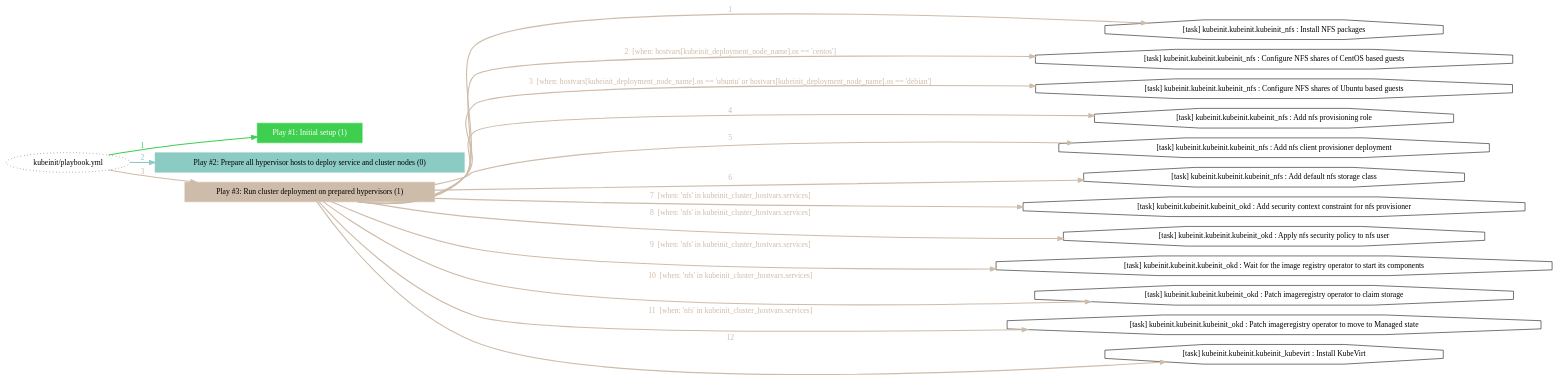
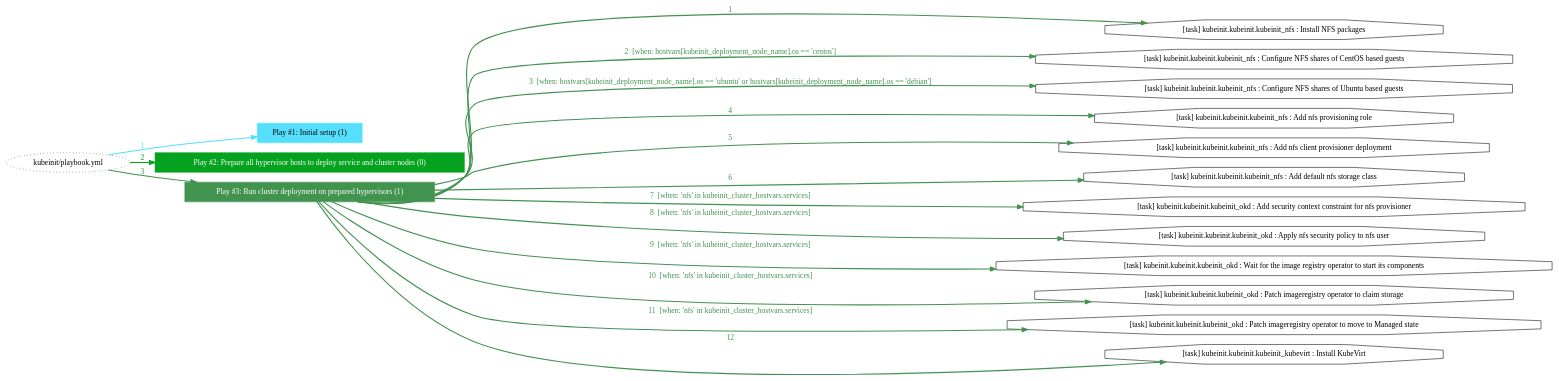
The diagram in _static/playbook_task_post_deployment.dot (Kubeinit/kubeinit), drawn with Graphviz before and after one commit. The commit also changed 66 other files, not shown here.

```diff
--- a/_static/playbook_task_post_deployment.dot
+++ b/_static/playbook_task_post_deployment.dot
@@ -3,39 +3,39 @@
 	edge [esep=5 sep=10]
 	"kubeinit/playbook.yml" [id=root_node style=dotted]
 	subgraph "Play #1: Initial setup (1) "{
-		"Play #1: Initial setup (1)" [color="#3ecf4e" fontcolor="#ffffff" id="play_50c718cb-160a-41d5-905b-d0cd9fb3d7e9" shape=box style=filled tooltip=localhost]
-		"kubeinit/playbook.yml" -> "Play #1: Initial setup (1)" [label=1 color="#3ecf4e" fontcolor="#3ecf4e" id="edge_392f0708-b05d-4ed4-b40a-8a9daf647566" style=bold]
+		"Play #1: Initial setup (1)" [color="#55dffd" fontcolor="#000000" id="play_bf24b66f-52c5-441b-b3ed-548a452882e7" shape=box style=filled tooltip=localhost]
+		"kubeinit/playbook.yml" -> "Play #1: Initial setup (1)" [label=1 color="#55dffd" fontcolor="#55dffd" id="edge_8843313c-8b65-4bc9-a34c-d5e6d2b8d340" style=bold]
 	}
 	subgraph "Play #2: Prepare all hypervisor hosts to deploy service and cluster nodes (0) "{
-		"Play #2: Prepare all hypervisor hosts to deploy service and cluster nodes (0)" [color="#8bcbc4" fontcolor="#000000" id="play_27cf5b83-5c9d-4a4c-9d43-4fa1e114dd45" shape=box style=filled tooltip=""]
-		"kubeinit/playbook.yml" -> "Play #2: Prepare all hypervisor hosts to deploy service and cluster nodes (0)" [label=2 color="#8bcbc4" fontcolor="#8bcbc4" id="edge_210d21c2-746b-451a-9ef3-a5d805a63578" style=bold]
+		"Play #2: Prepare all hypervisor hosts to deploy service and cluster nodes (0)" [color="#05a21f" fontcolor="#ffffff" id="play_987c29b0-b717-4069-9654-92d043dd2ebe" shape=box style=filled tooltip=""]
+		"kubeinit/playbook.yml" -> "Play #2: Prepare all hypervisor hosts to deploy service and cluster nodes (0)" [label=2 color="#05a21f" fontcolor="#05a21f" id="edge_a975dc10-36ec-4dcc-af2d-39d225121f9e" style=bold]
 	}
 	subgraph "Play #3: Run cluster deployment on prepared hypervisors (1) "{
-		"Play #3: Run cluster deployment on prepared hypervisors (1)" [color="#cebcaa" fontcolor="#000000" id="play_15846237-0724-4d28-a590-2d100415ff20" shape=box style=filled tooltip=localhost]
-		"kubeinit/playbook.yml" -> "Play #3: Run cluster deployment on prepared hypervisors (1)" [label=3 color="#cebcaa" fontcolor="#cebcaa" id="edge_ee51a890-45c6-4df5-b384-0a1fccb574ce" style=bold]
-		"task_873f8b73-5ff5-403a-856b-640c262d1fb2" [label="[task] kubeinit.kubeinit.kubeinit_nfs : Install NFS packages" id="task_873f8b73-5ff5-403a-856b-640c262d1fb2" shape=octagon tooltip="[task] kubeinit.kubeinit.kubeinit_nfs : Install NFS packages"]
-		"Play #3: Run cluster deployment on prepared hypervisors (1)" -> "task_873f8b73-5ff5-403a-856b-640c262d1fb2" [label=1 color="#cebcaa" fontcolor="#cebcaa" id="edge_6f0543bf-f0b6-429f-af5a-012cb7445e6f" style=bold]
-		"task_8c4a79fc-c5c2-49ab-8ccb-e1c1f78c33c4" [label="[task] kubeinit.kubeinit.kubeinit_nfs : Configure NFS shares of CentOS based guests" id="task_8c4a79fc-c5c2-49ab-8ccb-e1c1f78c33c4" shape=octagon tooltip="[task] kubeinit.kubeinit.kubeinit_nfs : Configure NFS shares of CentOS based guests"]
-		"Play #3: Run cluster deployment on prepared hypervisors (1)" -> "task_8c4a79fc-c5c2-49ab-8ccb-e1c1f78c33c4" [label="2  [when: hostvars[kubeinit_deployment_node_name].os == 'centos']" color="#cebcaa" fontcolor="#cebcaa" id="edge_fc8c0816-72a7-4285-bc67-963931ed8c34" style=bold]
-		"task_acf696b0-5fff-46c1-9c07-46e391b18619" [label="[task] kubeinit.kubeinit.kubeinit_nfs : Configure NFS shares of Ubuntu based guests" id="task_acf696b0-5fff-46c1-9c07-46e391b18619" shape=octagon tooltip="[task] kubeinit.kubeinit.kubeinit_nfs : Configure NFS shares of Ubuntu based guests"]
-		"Play #3: Run cluster deployment on prepared hypervisors (1)" -> "task_acf696b0-5fff-46c1-9c07-46e391b18619" [label="3  [when: hostvars[kubeinit_deployment_node_name].os == 'ubuntu' or hostvars[kubeinit_deployment_node_name].os == 'debian']" color="#cebcaa" fontcolor="#cebcaa" id="edge_eed3e41d-986c-40ef-866f-b6478b8ec168" style=bold]
-		"task_364e3dbf-1d35-4933-84df-5b3c5a68ff31" [label="[task] kubeinit.kubeinit.kubeinit_nfs : Add nfs provisioning role" id="task_364e3dbf-1d35-4933-84df-5b3c5a68ff31" shape=octagon tooltip="[task] kubeinit.kubeinit.kubeinit_nfs : Add nfs provisioning role"]
-		"Play #3: Run cluster deployment on prepared hypervisors (1)" -> "task_364e3dbf-1d35-4933-84df-5b3c5a68ff31" [label=4 color="#cebcaa" fontcolor="#cebcaa" id="edge_121d99fc-621f-4a8d-9b30-44160eb19c23" style=bold]
-		"task_e89729c5-05ee-4465-92d8-efc3bc891fba" [label="[task] kubeinit.kubeinit.kubeinit_nfs : Add nfs client provisioner deployment" id="task_e89729c5-05ee-4465-92d8-efc3bc891fba" shape=octagon tooltip="[task] kubeinit.kubeinit.kubeinit_nfs : Add nfs client provisioner deployment"]
-		"Play #3: Run cluster deployment on prepared hypervisors (1)" -> "task_e89729c5-05ee-4465-92d8-efc3bc891fba" [label=5 color="#cebcaa" fontcolor="#cebcaa" id="edge_ae9e79fc-703d-4ff7-8ac1-9eba6b38aa37" style=bold]
-		"task_4737ff16-ccf0-46dc-9fa1-24a4c2cc0a7c" [label="[task] kubeinit.kubeinit.kubeinit_nfs : Add default nfs storage class" id="task_4737ff16-ccf0-46dc-9fa1-24a4c2cc0a7c" shape=octagon tooltip="[task] kubeinit.kubeinit.kubeinit_nfs : Add default nfs storage class"]
-		"Play #3: Run cluster deployment on prepared hypervisors (1)" -> "task_4737ff16-ccf0-46dc-9fa1-24a4c2cc0a7c" [label=6 color="#cebcaa" fontcolor="#cebcaa" id="edge_b5a44b0c-a856-416f-9278-f54523ddbec5" style=bold]
-		"task_6568bbd3-d2b6-4953-b287-f8c22cdcc9af" [label="[task] kubeinit.kubeinit.kubeinit_okd : Add security context constraint for nfs provisioner" id="task_6568bbd3-d2b6-4953-b287-f8c22cdcc9af" shape=octagon tooltip="[task] kubeinit.kubeinit.kubeinit_okd : Add security context constraint for nfs provisioner"]
-		"Play #3: Run cluster deployment on prepared hypervisors (1)" -> "task_6568bbd3-d2b6-4953-b287-f8c22cdcc9af" [label="7  [when: 'nfs' in kubeinit_cluster_hostvars.services]" color="#cebcaa" fontcolor="#cebcaa" id="edge_718a22a2-417a-4d6a-b2b4-c7fbc5616e5f" style=bold]
-		"task_2feaf8e4-391b-482b-9956-9999c9f8fb20" [label="[task] kubeinit.kubeinit.kubeinit_okd : Apply nfs security policy to nfs user" id="task_2feaf8e4-391b-482b-9956-9999c9f8fb20" shape=octagon tooltip="[task] kubeinit.kubeinit.kubeinit_okd : Apply nfs security policy to nfs user"]
-		"Play #3: Run cluster deployment on prepared hypervisors (1)" -> "task_2feaf8e4-391b-482b-9956-9999c9f8fb20" [label="8  [when: 'nfs' in kubeinit_cluster_hostvars.services]" color="#cebcaa" fontcolor="#cebcaa" id="edge_0734e5b2-daf4-4ccd-90cc-bad0566fcf67" style=bold]
-		"task_8145bad0-7a2c-44dd-bc72-a597d4675f89" [label="[task] kubeinit.kubeinit.kubeinit_okd : Wait for the image registry operator to start its components" id="task_8145bad0-7a2c-44dd-bc72-a597d4675f89" shape=octagon tooltip="[task] kubeinit.kubeinit.kubeinit_okd : Wait for the image registry operator to start its components"]
-		"Play #3: Run cluster deployment on prepared hypervisors (1)" -> "task_8145bad0-7a2c-44dd-bc72-a597d4675f89" [label="9  [when: 'nfs' in kubeinit_cluster_hostvars.services]" color="#cebcaa" fontcolor="#cebcaa" id="edge_1d2661c1-f487-435a-a6c5-30a2afc9671a" style=bold]
-		"task_c106905f-141a-44f5-8b0e-fff4a90fe7c9" [label="[task] kubeinit.kubeinit.kubeinit_okd : Patch imageregistry operator to claim storage" id="task_c106905f-141a-44f5-8b0e-fff4a90fe7c9" shape=octagon tooltip="[task] kubeinit.kubeinit.kubeinit_okd : Patch imageregistry operator to claim storage"]
-		"Play #3: Run cluster deployment on prepared hypervisors (1)" -> "task_c106905f-141a-44f5-8b0e-fff4a90fe7c9" [label="10  [when: 'nfs' in kubeinit_cluster_hostvars.services]" color="#cebcaa" fontcolor="#cebcaa" id="edge_bd92a589-5325-426f-87ad-d0ffde136d88" style=bold]
-		"task_6f2c35d7-0e71-415b-a0c2-3c85ae33cce8" [label="[task] kubeinit.kubeinit.kubeinit_okd : Patch imageregistry operator to move to Managed state" id="task_6f2c35d7-0e71-415b-a0c2-3c85ae33cce8" shape=octagon tooltip="[task] kubeinit.kubeinit.kubeinit_okd : Patch imageregistry operator to move to Managed state"]
-		"Play #3: Run cluster deployment on prepared hypervisors (1)" -> "task_6f2c35d7-0e71-415b-a0c2-3c85ae33cce8" [label="11  [when: 'nfs' in kubeinit_cluster_hostvars.services]" color="#cebcaa" fontcolor="#cebcaa" id="edge_8239c0f1-d162-41a5-8765-1501dc04442f" style=bold]
-		"task_f991c5d8-2fb7-44ea-8aae-97408c9f20a1" [label="[task] kubeinit.kubeinit.kubeinit_kubevirt : Install KubeVirt" id="task_f991c5d8-2fb7-44ea-8aae-97408c9f20a1" shape=octagon tooltip="[task] kubeinit.kubeinit.kubeinit_kubevirt : Install KubeVirt"]
-		"Play #3: Run cluster deployment on prepared hypervisors (1)" -> "task_f991c5d8-2fb7-44ea-8aae-97408c9f20a1" [label=12 color="#cebcaa" fontcolor="#cebcaa" id="edge_82a32fcd-f22e-410e-895b-f93690c1359a" style=bold]
+		"Play #3: Run cluster deployment on prepared hypervisors (1)" [color="#429250" fontcolor="#ffffff" id="play_9cf694e6-ff60-4a06-bba3-484f3eb0a0e1" shape=box style=filled tooltip=localhost]
+		"kubeinit/playbook.yml" -> "Play #3: Run cluster deployment on prepared hypervisors (1)" [label=3 color="#429250" fontcolor="#429250" id="edge_52a50cf2-95bb-48de-835a-be88ea283419" style=bold]
+		"task_c9378529-a069-4f9b-935f-24ba0e88c38e" [label="[task] kubeinit.kubeinit.kubeinit_nfs : Install NFS packages" id="task_c9378529-a069-4f9b-935f-24ba0e88c38e" shape=octagon tooltip="[task] kubeinit.kubeinit.kubeinit_nfs : Install NFS packages"]
+		"Play #3: Run cluster deployment on prepared hypervisors (1)" -> "task_c9378529-a069-4f9b-935f-24ba0e88c38e" [label=1 color="#429250" fontcolor="#429250" id="edge_057ab91a-0ad3-4c5f-aee7-a2c89bc40221" style=bold]
+		"task_3af2a2fe-42ce-4bdf-9737-8865c4e2ae54" [label="[task] kubeinit.kubeinit.kubeinit_nfs : Configure NFS shares of CentOS based guests" id="task_3af2a2fe-42ce-4bdf-9737-8865c4e2ae54" shape=octagon tooltip="[task] kubeinit.kubeinit.kubeinit_nfs : Configure NFS shares of CentOS based guests"]
+		"Play #3: Run cluster deployment on prepared hypervisors (1)" -> "task_3af2a2fe-42ce-4bdf-9737-8865c4e2ae54" [label="2  [when: hostvars[kubeinit_deployment_node_name].os == 'centos']" color="#429250" fontcolor="#429250" id="edge_8f825e59-14ad-4f73-bdcf-4a3eb1b85324" style=bold]
+		"task_7b2f079b-a8bd-417e-81cd-82ab63175916" [label="[task] kubeinit.kubeinit.kubeinit_nfs : Configure NFS shares of Ubuntu based guests" id="task_7b2f079b-a8bd-417e-81cd-82ab63175916" shape=octagon tooltip="[task] kubeinit.kubeinit.kubeinit_nfs : Configure NFS shares of Ubuntu based guests"]
+		"Play #3: Run cluster deployment on prepared hypervisors (1)" -> "task_7b2f079b-a8bd-417e-81cd-82ab63175916" [label="3  [when: hostvars[kubeinit_deployment_node_name].os == 'ubuntu' or hostvars[kubeinit_deployment_node_name].os == 'debian']" color="#429250" fontcolor="#429250" id="edge_3541e030-b7ad-45e0-97f2-622c64b1bb3d" style=bold]
+		"task_604e211b-6c44-47c9-a18a-7fe86a2f6c2c" [label="[task] kubeinit.kubeinit.kubeinit_nfs : Add nfs provisioning role" id="task_604e211b-6c44-47c9-a18a-7fe86a2f6c2c" shape=octagon tooltip="[task] kubeinit.kubeinit.kubeinit_nfs : Add nfs provisioning role"]
+		"Play #3: Run cluster deployment on prepared hypervisors (1)" -> "task_604e211b-6c44-47c9-a18a-7fe86a2f6c2c" [label=4 color="#429250" fontcolor="#429250" id="edge_89de6ea6-2c3d-4404-b714-a66998a9fe50" style=bold]
+		"task_6dd47cb3-1ea5-4f73-aa7c-dcad9855b9d6" [label="[task] kubeinit.kubeinit.kubeinit_nfs : Add nfs client provisioner deployment" id="task_6dd47cb3-1ea5-4f73-aa7c-dcad9855b9d6" shape=octagon tooltip="[task] kubeinit.kubeinit.kubeinit_nfs : Add nfs client provisioner deployment"]
+		"Play #3: Run cluster deployment on prepared hypervisors (1)" -> "task_6dd47cb3-1ea5-4f73-aa7c-dcad9855b9d6" [label=5 color="#429250" fontcolor="#429250" id="edge_465fc9a0-fa08-4f47-9f57-08d265c38082" style=bold]
+		"task_d29bc5ec-8e78-469e-a55e-e6db1f380e54" [label="[task] kubeinit.kubeinit.kubeinit_nfs : Add default nfs storage class" id="task_d29bc5ec-8e78-469e-a55e-e6db1f380e54" shape=octagon tooltip="[task] kubeinit.kubeinit.kubeinit_nfs : Add default nfs storage class"]
+		"Play #3: Run cluster deployment on prepared hypervisors (1)" -> "task_d29bc5ec-8e78-469e-a55e-e6db1f380e54" [label=6 color="#429250" fontcolor="#429250" id="edge_a44c01fe-192b-42af-a3a6-50daf76446f2" style=bold]
+		"task_c7f31b33-233c-45f7-8b76-163100365483" [label="[task] kubeinit.kubeinit.kubeinit_okd : Add security context constraint for nfs provisioner" id="task_c7f31b33-233c-45f7-8b76-163100365483" shape=octagon tooltip="[task] kubeinit.kubeinit.kubeinit_okd : Add security context constraint for nfs provisioner"]
+		"Play #3: Run cluster deployment on prepared hypervisors (1)" -> "task_c7f31b33-233c-45f7-8b76-163100365483" [label="7  [when: 'nfs' in kubeinit_cluster_hostvars.services]" color="#429250" fontcolor="#429250" id="edge_674f1ee3-c13c-4c46-b28b-f90eaa7a44a1" style=bold]
+		"task_2f6dfa98-a4c8-4ccd-b9a4-4de35b034ce0" [label="[task] kubeinit.kubeinit.kubeinit_okd : Apply nfs security policy to nfs user" id="task_2f6dfa98-a4c8-4ccd-b9a4-4de35b034ce0" shape=octagon tooltip="[task] kubeinit.kubeinit.kubeinit_okd : Apply nfs security policy to nfs user"]
+		"Play #3: Run cluster deployment on prepared hypervisors (1)" -> "task_2f6dfa98-a4c8-4ccd-b9a4-4de35b034ce0" [label="8  [when: 'nfs' in kubeinit_cluster_hostvars.services]" color="#429250" fontcolor="#429250" id="edge_38ec6423-ba5b-403e-9cba-ef9660278b2a" style=bold]
+		"task_dcad048b-f832-4677-b48a-0e59a08aa1f5" [label="[task] kubeinit.kubeinit.kubeinit_okd : Wait for the image registry operator to start its components" id="task_dcad048b-f832-4677-b48a-0e59a08aa1f5" shape=octagon tooltip="[task] kubeinit.kubeinit.kubeinit_okd : Wait for the image registry operator to start its components"]
+		"Play #3: Run cluster deployment on prepared hypervisors (1)" -> "task_dcad048b-f832-4677-b48a-0e59a08aa1f5" [label="9  [when: 'nfs' in kubeinit_cluster_hostvars.services]" color="#429250" fontcolor="#429250" id="edge_5c4824c7-dd39-4ab1-9a6f-17a7af8be945" style=bold]
+		"task_a82c37e4-5fe0-4dde-8c4f-b4f03c6a3f21" [label="[task] kubeinit.kubeinit.kubeinit_okd : Patch imageregistry operator to claim storage" id="task_a82c37e4-5fe0-4dde-8c4f-b4f03c6a3f21" shape=octagon tooltip="[task] kubeinit.kubeinit.kubeinit_okd : Patch imageregistry operator to claim storage"]
+		"Play #3: Run cluster deployment on prepared hypervisors (1)" -> "task_a82c37e4-5fe0-4dde-8c4f-b4f03c6a3f21" [label="10  [when: 'nfs' in kubeinit_cluster_hostvars.services]" color="#429250" fontcolor="#429250" id="edge_3b02a4ec-ca9f-48f8-9946-d99b74c2aaf0" style=bold]
+		"task_ce0e0cc3-2261-4379-ac6f-e338adb0dee4" [label="[task] kubeinit.kubeinit.kubeinit_okd : Patch imageregistry operator to move to Managed state" id="task_ce0e0cc3-2261-4379-ac6f-e338adb0dee4" shape=octagon tooltip="[task] kubeinit.kubeinit.kubeinit_okd : Patch imageregistry operator to move to Managed state"]
+		"Play #3: Run cluster deployment on prepared hypervisors (1)" -> "task_ce0e0cc3-2261-4379-ac6f-e338adb0dee4" [label="11  [when: 'nfs' in kubeinit_cluster_hostvars.services]" color="#429250" fontcolor="#429250" id="edge_66585a55-a98b-4e7e-8133-34af2964394d" style=bold]
+		"task_abb6e281-1625-4ce3-9309-7f6684f41eb5" [label="[task] kubeinit.kubeinit.kubeinit_kubevirt : Install KubeVirt" id="task_abb6e281-1625-4ce3-9309-7f6684f41eb5" shape=octagon tooltip="[task] kubeinit.kubeinit.kubeinit_kubevirt : Install KubeVirt"]
+		"Play #3: Run cluster deployment on prepared hypervisors (1)" -> "task_abb6e281-1625-4ce3-9309-7f6684f41eb5" [label=12 color="#429250" fontcolor="#429250" id="edge_7b24dc70-0e57-4130-8e5b-788ea5c3bced" style=bold]
 	}
 }
```
